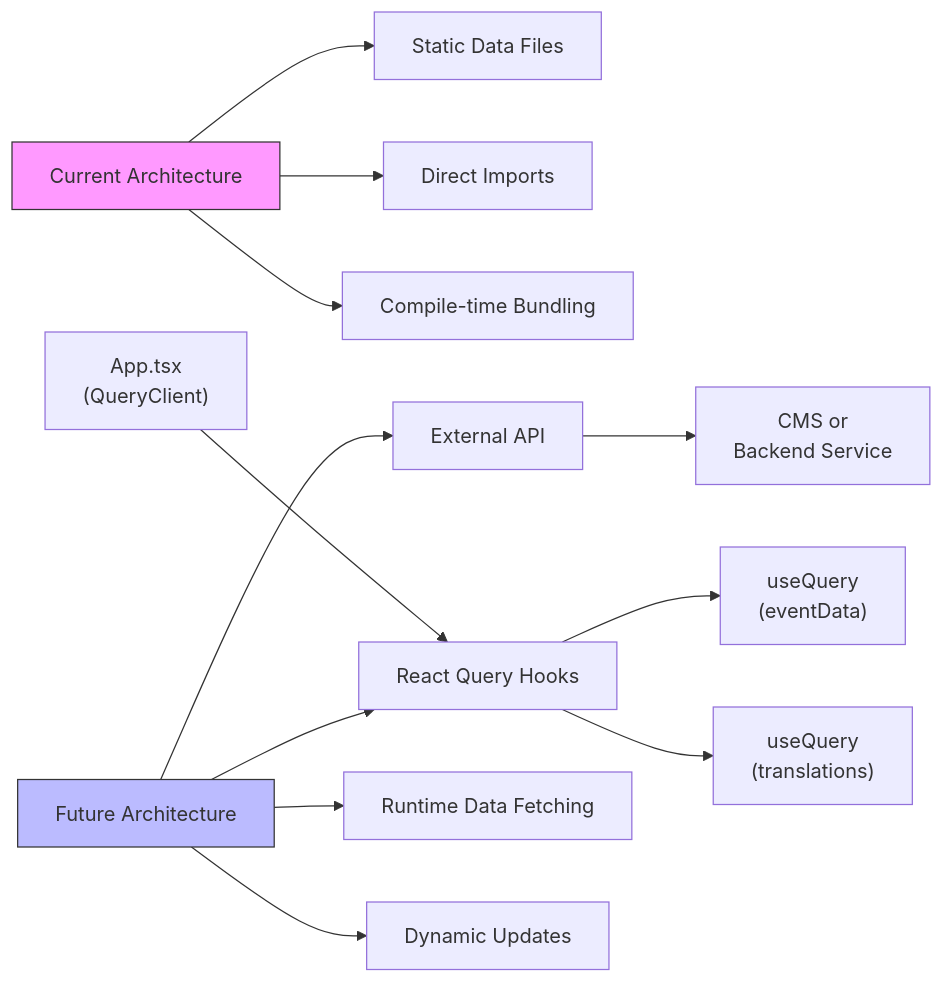
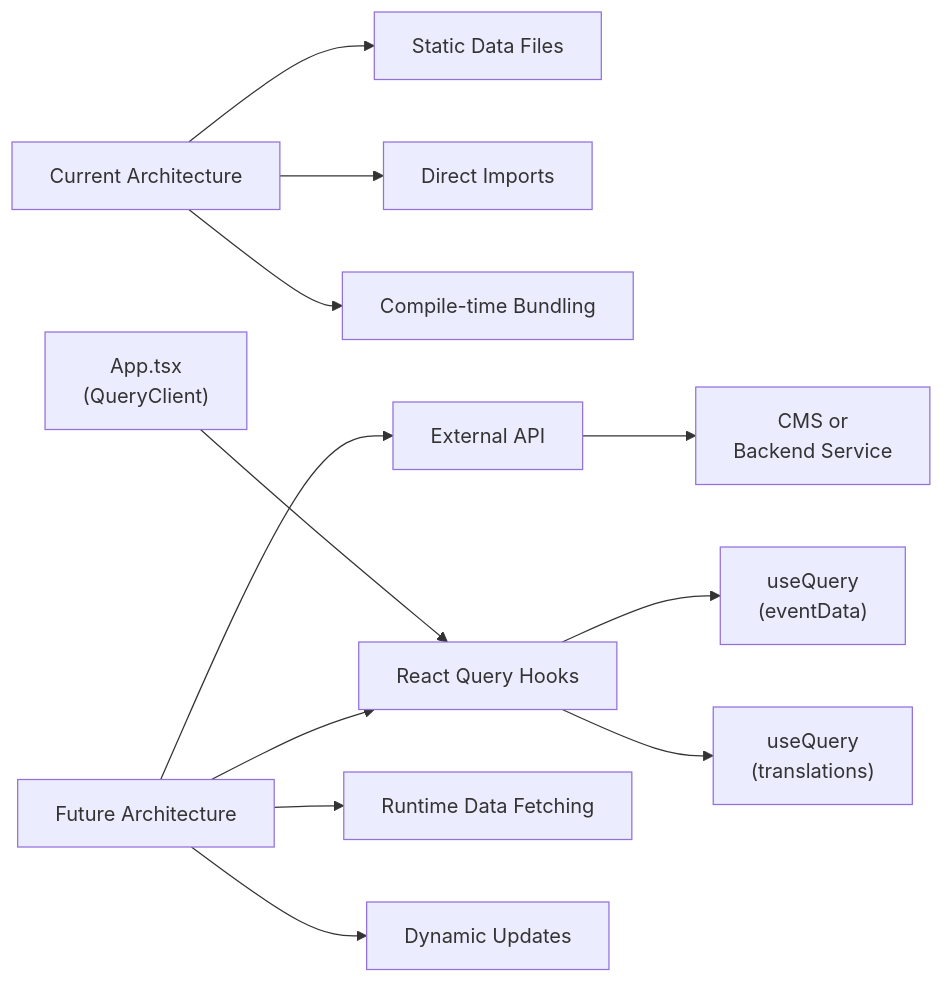
The fifth of 5 diagrams in .qoder/repowiki/en/content/Data Management/Data Management.md (mohjak/sc-dof), drawn with Mermaid before and after one commit. The commit also changed other lines of this file and 68 other files, not shown here.

First line of the commit message:
docs(docs): update component architecture docs with markdown formatting fixes

````diff
--- a/.qoder/repowiki/en/content/Data Management/Data Management.md
+++ b/.qoder/repowiki/en/content/Data Management/Data Management.md
@@ -288,16 +284,14 @@
 ```mermaid
 flowchart LR
 A["Current Architecture"] --> B["Static Data Files"]
 A --> C["Direct Imports"]
 A --> D["Compile-time Bundling"]
 E["Future Architecture"] --> F["External API"]
 E --> G["React Query Hooks"]
 E --> H["Runtime Data Fetching"]
 E --> I["Dynamic Updates"]
 J["App.tsx\n(QueryClient)"] --> G
 G --> K["useQuery\n(eventData)"]
 G --> L["useQuery\n(translations)"]
 F --> M["CMS or\nBackend Service"]
-style A fill:#f9f,stroke:#333
-style E fill:#bbf,stroke:#333
 ```
````
